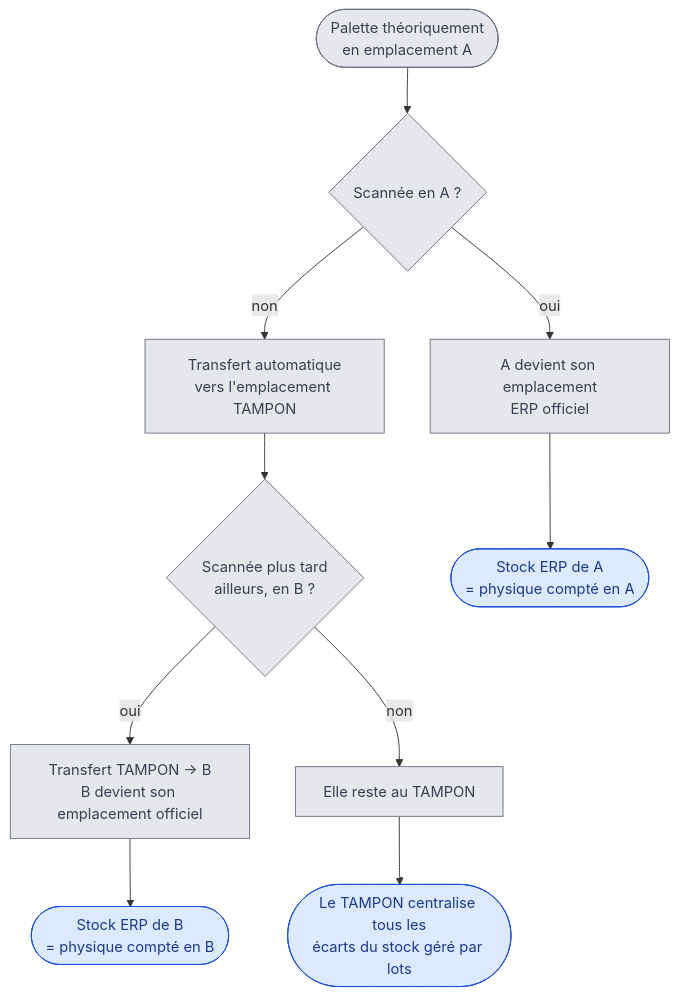
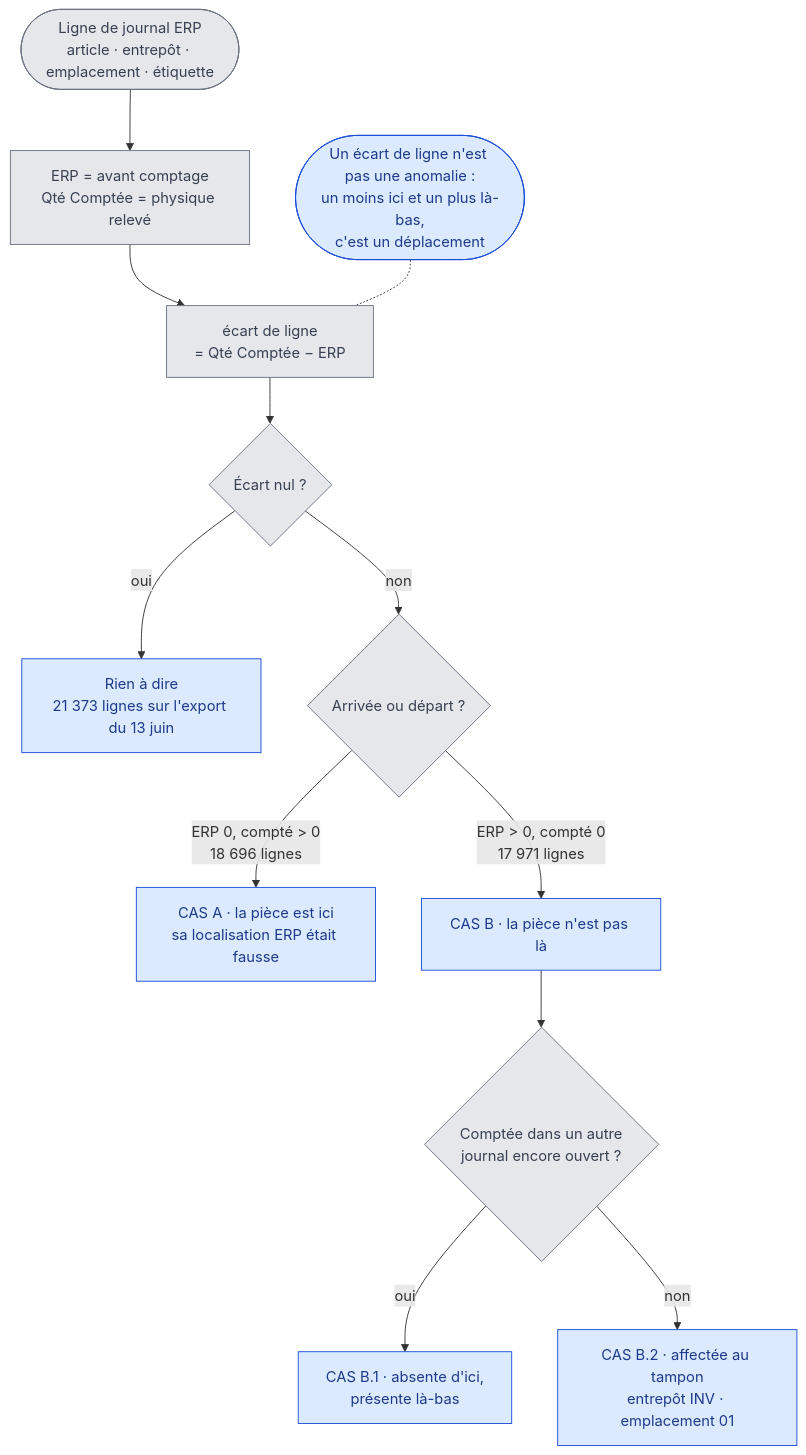
The first of 9 diagrams in docs/08-algorigrammes.md (yns11/DEV-INV-G), drawn with Mermaid before and after one commit. The commit also changed other lines of this file and 1 other file, not shown here.

First line of the commit message:
Comptages avancés : reprendre l'étude sur les journaux ERP réels

````diff
--- a/docs/08-algorigrammes.md
+++ b/docs/08-algorigrammes.md
@@ -35,20 +35,23 @@
 ```mermaid
 flowchart TD
-    A(["Palette théoriquement<br/>en emplacement A"]) --> B{"Scannée en A ?"}
+    A(["Ligne de journal ERP<br/>article · entrepôt · emplacement · étiquette"]) --> B["ERP = avant comptage<br/>Qté Comptée = physique relevé"]
+    B --> C["écart de ligne<br/>= Qté Comptée − ERP"]
 
-    B -->|oui| C["A devient son emplacement<br/>ERP officiel"]
-    B -->|non| D["Transfert automatique<br/>vers l'emplacement TAMPON"]
+    C --> D{"Écart nul ?"}
+    D -->|oui| E["Rien à dire<br/>21 373 lignes sur l'export du 13 juin"]
+    D -->|non| F{"Arrivée ou départ ?"}
 
-    D --> E{"Scannée plus tard<br/>ailleurs, en B ?"}
-    E -->|oui| F["Transfert TAMPON → B<br/>B devient son emplacement officiel"]
-    E -->|non| G["Elle reste au TAMPON"]
+    F -->|"ERP 0, compté > 0<br/>18 696 lignes"| G["CAS A · la pièce est ici<br/>sa localisation ERP était fausse"]
+    F -->|"ERP > 0, compté 0<br/>17 971 lignes"| H["CAS B · la pièce n'est pas là"]
 
-    C --> H(["Stock ERP de A<br/>= physique compté en A"])
-    F --> H2(["Stock ERP de B<br/>= physique compté en B"])
-    G --> I(["Le TAMPON centralise tous les<br/>écarts du stock géré par lots"])
+    H --> I{"Comptée dans un autre<br/>journal encore ouvert ?"}
+    I -->|oui| J["CAS B.1 · absente d'ici,<br/>présente là-bas"]
+    I -->|non| K["CAS B.2 · affectée au tampon<br/>entrepôt INV · emplacement 01"]
+
+    L(["Un écart de ligne n'est pas une anomalie :<br/>un moins ici et un plus là-bas,<br/>c'est un déplacement"]) -.- C
 
     classDef erp fill:#e5e7eb,stroke:#6b7280,color:#374151
     classDef res fill:#dbeafe,stroke:#1d4ed8,color:#1e3a8a
-    class A,B,C,D,E,F,G erp
-    class H,H2,I res
+    class A,B,C,D,F,I erp
+    class E,G,H,J,K,L res
 ```
````
